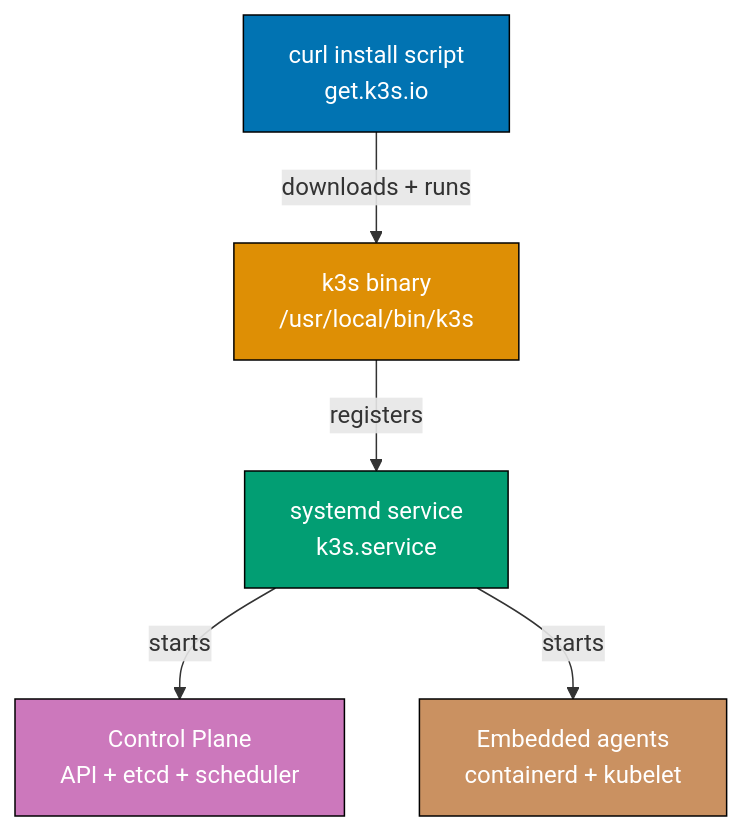
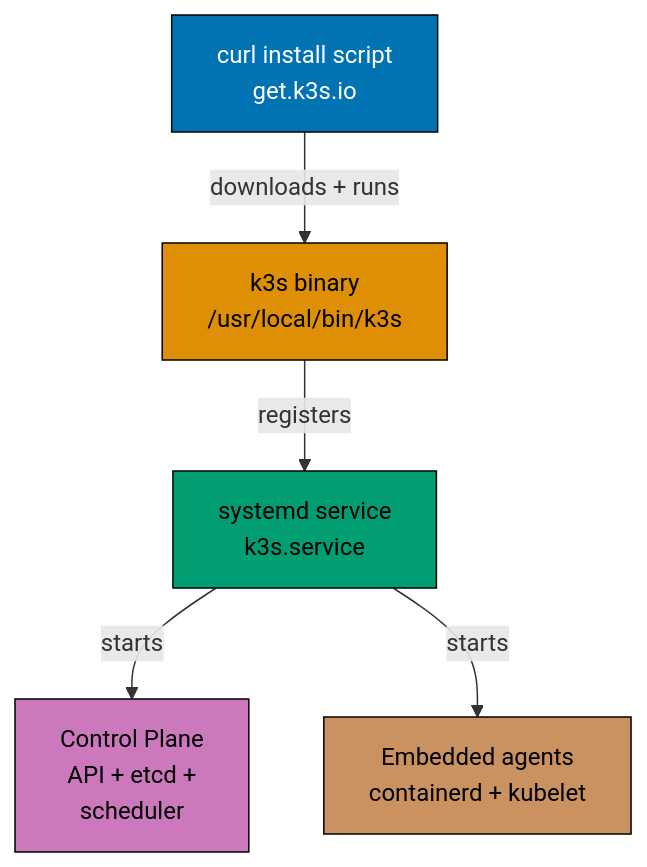
One commit to wahidyankf/ose-public changed the first of 9 diagrams in apps/ayokoding-www/content/en/learn/legacy/software-engineering/infrastructure/tools/k3s/by-example/beginner.md. Above: the diagram before and after it, drawn with Mermaid. The commit also changed other lines of this file and 131 other files, not shown here.

First line of the commit message:
fix(mermaid): bring the legacy data, infrastructure, and testing diagrams onto the accessible palette

````diff
--- a/apps/ayokoding-www/content/en/learn/legacy/software-engineering/infrastructure/tools/k3s/by-example/beginner.md
+++ b/apps/ayokoding-www/content/en/learn/legacy/software-engineering/infrastructure/tools/k3s/by-example/beginner.md
@@ -18,20 +18,28 @@
 ```mermaid
 %% Color Palette: Blue #0173B2, Orange #DE8F05, Teal #029E73, Purple #CC78BC, Brown #CA9161
 graph TD
+    accTitle: Example 1: Install K3s Single-Node Server
+    accDescr: Graph with 5 nodes and 4 connections. Nodes: curl install script get.k3s.io, k3s binary /usr/local/bin/k3s, systemd service k3s.service, Control Plane API + etcd + scheduler, Embedded agents containerd + kubelet. Connections: curl install script get.k3s.io to k3s binary /usr/local/bin/k3s (downloads + runs), k3s binary /usr/local/bin/k3s to systemd service k3s.service (registers), systemd service k3s.service to Control Plane API + etcd + scheduler (starts), systemd service k3s.service to Embedded agents containerd + kubelet (starts).
     A["curl install script<br/>get.k3s.io"]
     B["k3s binary<br/>/usr/local/bin/k3s"]
     C["systemd service<br/>k3s.service"]
-    D["Control Plane<br/>API + etcd + scheduler"]
+    D["Control Plane<br/>API + etcd +<br/>scheduler"]
     E["Embedded agents<br/>containerd + kubelet"]
 
     A -->|downloads + runs| B
     B -->|registers| C
     C -->|starts| D
     C -->|starts| E
 
-    style A fill:#0173B2,stroke:#000,color:#fff
-    style B fill:#DE8F05,stroke:#000,color:#fff
-    style C fill:#029E73,stroke:#000,color:#fff
-    style D fill:#CC78BC,stroke:#000,color:#fff
-    style E fill:#CA9161,stroke:#000,color:#fff
+    classDef pal-0173B2 fill:#0173B2,stroke:#000000,color:#FFFFFF
+    class A pal-0173B2
+    classDef pal-DE8F05 fill:#DE8F05,stroke:#000000,color:#000000
+    class B pal-DE8F05
+    classDef pal-029E73 fill:#029E73,stroke:#000000,color:#000000
+    class C pal-029E73
+    classDef pal-CC78BC fill:#CC78BC,stroke:#000000,color:#000000
+    class D pal-CC78BC
+    classDef pal-CA9161 fill:#CA9161,stroke:#000000,color:#000000
+    class E pal-CA9161
+    classDef default fill:#FFFFFF,stroke:#000000,color:#000000
 ```
````
